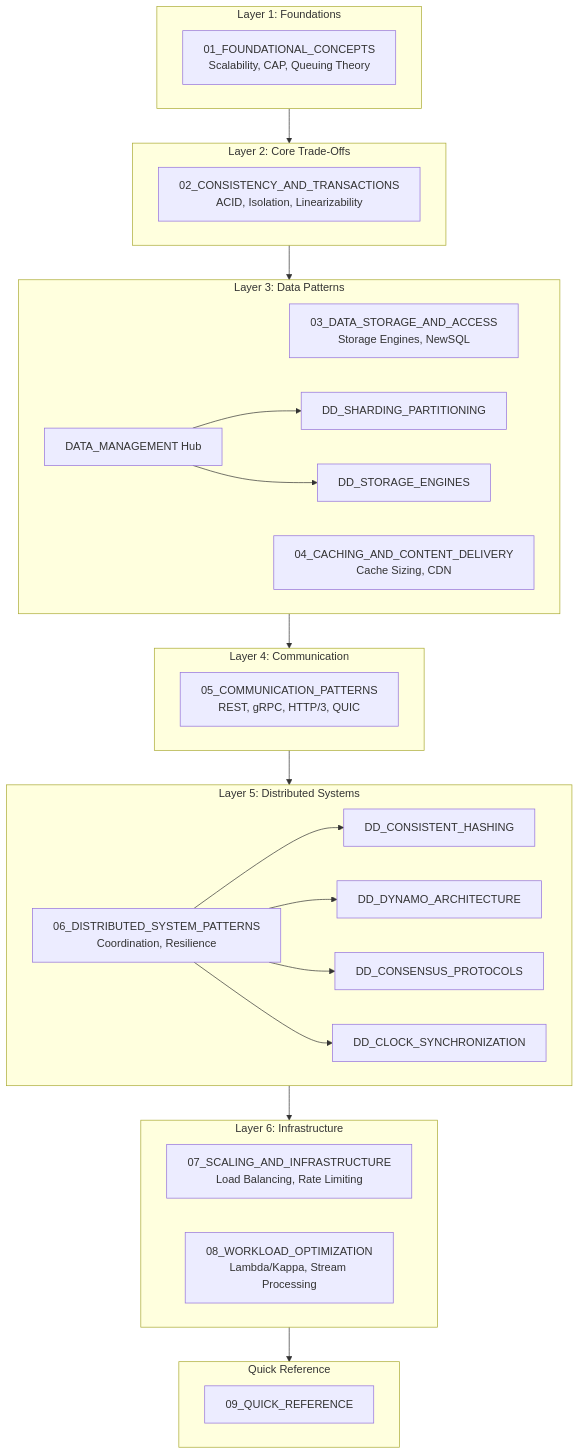
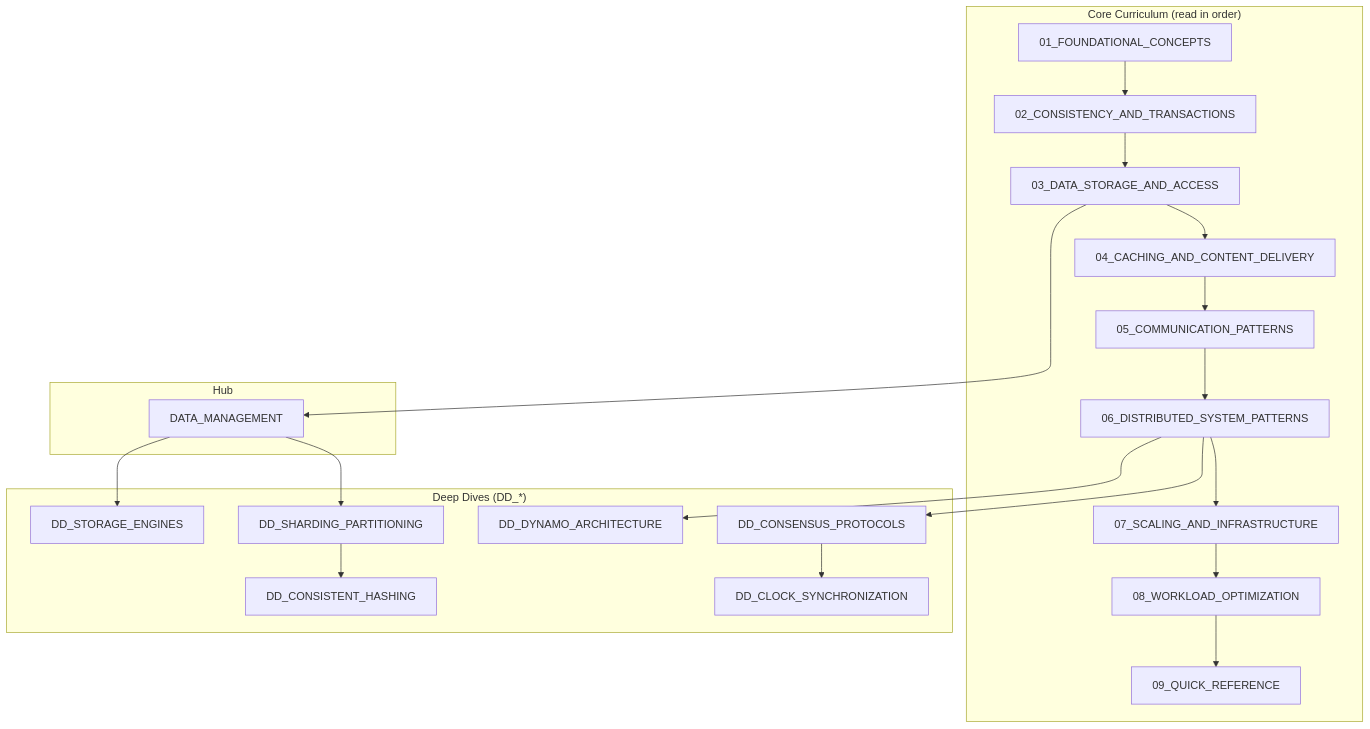
The diagram in README.md (ae-lexs/system_design), drawn with Mermaid before and after one commit. The commit also changed other lines of this file, not shown here.

````diff
--- a/README.md
+++ b/README.md
@@ -89,53 +27,38 @@
 ```mermaid
 graph TB
-    subgraph Layer1["Layer 1: Foundations"]
-        F1[01_FOUNDATIONAL_CONCEPTS<br/>Scalability, CAP, Queuing Theory]
+    subgraph Core["Core Curriculum (read in order)"]
+        C01[01_FOUNDATIONAL_CONCEPTS]
+        C02[02_CONSISTENCY_AND_TRANSACTIONS]
+        C03[03_DATA_STORAGE_AND_ACCESS]
+        C04[04_CACHING_AND_CONTENT_DELIVERY]
+        C05[05_COMMUNICATION_PATTERNS]
+        C06[06_DISTRIBUTED_SYSTEM_PATTERNS]
+        C07[07_SCALING_AND_INFRASTRUCTURE]
+        C08[08_WORKLOAD_OPTIMIZATION]
+        C09[09_QUICK_REFERENCE]
     end
 
-    subgraph Layer2["Layer 2: Core Trade-Offs"]
-        C1[02_CONSISTENCY_AND_TRANSACTIONS<br/>ACID, Isolation, Linearizability]
+    subgraph DeepDives["Deep Dives (DD_*)"]
+        DD1[DD_STORAGE_ENGINES]
+        DD2[DD_SHARDING_PARTITIONING]
+        DD3[DD_CONSISTENT_HASHING]
+        DD4[DD_DYNAMO_ARCHITECTURE]
+        DD5[DD_CONSENSUS_PROTOCOLS]
+        DD6[DD_CLOCK_SYNCHRONIZATION]
     end
 
-    subgraph Layer3["Layer 3: Data Patterns"]
-        D1[03_DATA_STORAGE_AND_ACCESS<br/>Storage Engines, NewSQL]
-        D2[DATA_MANAGEMENT Hub]
-        D3[DD_SHARDING_PARTITIONING]
-        D4[DD_STORAGE_ENGINES]
-        D5[04_CACHING_AND_CONTENT_DELIVERY<br/>Cache Sizing, CDN]
+    subgraph Hub["Hub"]
+        DM[DATA_MANAGEMENT]
     end
 
-    subgraph Layer4["Layer 4: Communication"]
-        M1[05_COMMUNICATION_PATTERNS<br/>REST, gRPC, HTTP/3, QUIC]
-    end
+    C01 --> C02 --> C03 --> C04 --> C05 --> C06 --> C07 --> C08 --> C09
 
-    subgraph Layer5["Layer 5: Distributed Systems"]
-        I1[06_DISTRIBUTED_SYSTEM_PATTERNS<br/>Coordination, Resilience]
-        I2[DD_CONSISTENT_HASHING]
-        I3[DD_DYNAMO_ARCHITECTURE]
-        I4[DD_CONSENSUS_PROTOCOLS]
-        I5[DD_CLOCK_SYNCHRONIZATION]
-    end
+    C03 --> DM
+    DM --> DD1
+    DM --> DD2
+    DD2 --> DD3
 
-    subgraph Layer6["Layer 6: Infrastructure"]
-        S1[07_SCALING_AND_INFRASTRUCTURE<br/>Load Balancing, Rate Limiting]
-        S2[08_WORKLOAD_OPTIMIZATION<br/>Lambda/Kappa, Stream Processing]
-    end
-
-    subgraph Reference["Quick Reference"]
-        R1[09_QUICK_REFERENCE]
-    end
-
-    Layer1 --> Layer2
-    Layer2 --> Layer3
-    Layer3 --> Layer4
-    Layer4 --> Layer5
-    Layer5 --> Layer6
-    Layer6 --> Reference
-
-    D2 --> D3
-    D2 --> D4
-    I1 --> I2
-    I1 --> I3
-    I1 --> I4
-    I1 --> I5
+    C06 --> DD4
+    C06 --> DD5
+    DD5 --> DD6
 ```
````
